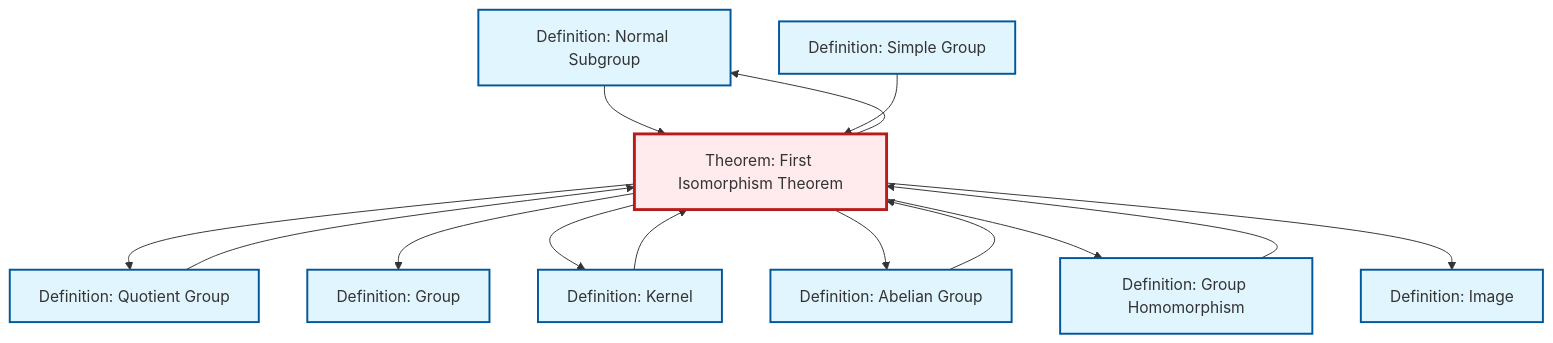
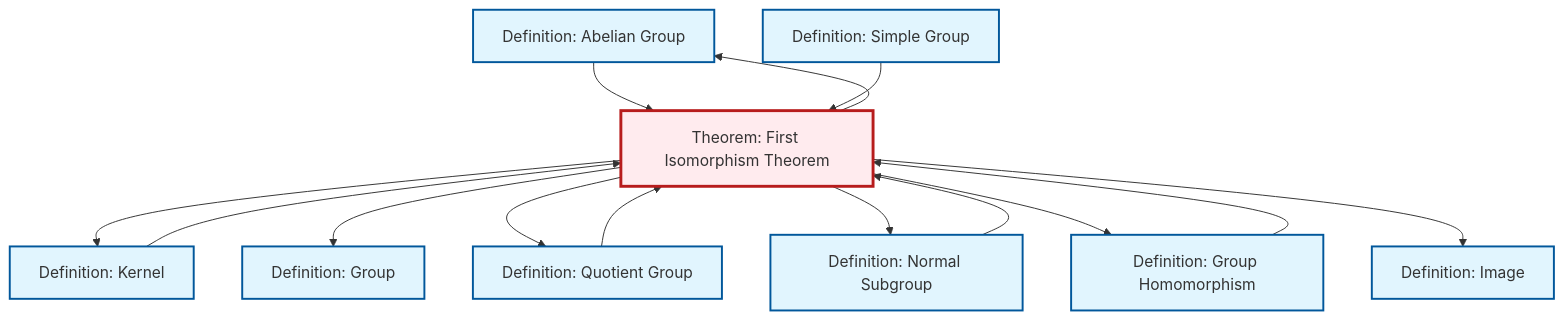
The diagram in content/en/algebra/thm-first-isomorphism.qmd (RK0429/ModernMath), drawn with Mermaid before and after one commit. The commit also changed other lines of this file and 634 other files, not shown here.

````diff
--- a/content/en/algebra/thm-first-isomorphism.qmd
+++ b/content/en/algebra/thm-first-isomorphism.qmd
@@ -100,40 +100,40 @@
 ```{mermaid}
 %%| fig-cap: "Local dependency graph"
 graph TD
     classDef definition fill:#e1f5fe,stroke:#01579b,stroke-width:2px
     classDef theorem fill:#f3e5f5,stroke:#4a148c,stroke-width:2px
     classDef axiom fill:#fff3e0,stroke:#e65100,stroke-width:2px
     classDef example fill:#e8f5e9,stroke:#1b5e20,stroke-width:2px
     classDef current fill:#ffebee,stroke:#b71c1c,stroke-width:3px
-    def-normal-subgroup["Definition: Normal Subgroup"]:::definition
+    def-group["Definition: Group"]:::definition
     def-abelian-group["Definition: Abelian Group"]:::definition
-    def-group["Definition: Group"]:::definition
-    def-kernel["Definition: Kernel"]:::definition
-    thm-first-isomorphism["Theorem: First Isomorphism Theorem"]:::theorem
-    def-quotient-group["Definition: Quotient Group"]:::definition
-    def-homomorphism["Definition: Group Homomorphism"]:::definition
     def-simple-group["Definition: Simple Group"]:::definition
     def-image["Definition: Image"]:::definition
+    def-quotient-group["Definition: Quotient Group"]:::definition
+    def-normal-subgroup["Definition: Normal Subgroup"]:::definition
+    def-kernel["Definition: Kernel"]:::definition
+    def-homomorphism["Definition: Group Homomorphism"]:::definition
+    thm-first-isomorphism["Theorem: First Isomorphism Theorem"]:::theorem
+    def-homomorphism --> thm-first-isomorphism
+    def-kernel --> thm-first-isomorphism
+    thm-first-isomorphism --> def-kernel
+    def-abelian-group --> thm-first-isomorphism
+    def-quotient-group --> thm-first-isomorphism
+    thm-first-isomorphism --> def-group
     thm-first-isomorphism --> def-quotient-group
-    def-homomorphism --> thm-first-isomorphism
-    def-abelian-group --> thm-first-isomorphism
-    def-kernel --> thm-first-isomorphism
-    thm-first-isomorphism --> def-group
-    thm-first-isomorphism --> def-kernel
+    def-normal-subgroup --> thm-first-isomorphism
+    thm-first-isomorphism --> def-abelian-group
     thm-first-isomorphism --> def-normal-subgroup
-    thm-first-isomorphism --> def-abelian-group
-    def-normal-subgroup --> thm-first-isomorphism
+    thm-first-isomorphism --> def-homomorphism
     def-simple-group --> thm-first-isomorphism
-    thm-first-isomorphism --> def-homomorphism
-    def-quotient-group --> thm-first-isomorphism
     thm-first-isomorphism --> def-image
     class thm-first-isomorphism current
-    click def-normal-subgroup "def-normal-subgroup.html" "Go to Normal Subgroup definition"
+    click def-group "def-group.html" "Go to Group definition"
     click def-abelian-group "def-abelian-group.html" "Go to Abelian Group definition"
-    click def-group "def-group.html" "Go to Group definition"
-    click def-kernel "def-kernel.html" "Go to Kernel definition"
-    click def-quotient-group "def-quotient-group.html" "Go to Quotient Group definition"
-    click def-homomorphism "def-homomorphism.html" "Go to Group Homomorphism definition"
     click def-simple-group "def-simple-group.html" "Go to Simple Group definition"
     click def-image "def-image.html" "Go to Image definition"
+    click def-quotient-group "def-quotient-group.html" "Go to Quotient Group definition"
+    click def-normal-subgroup "def-normal-subgroup.html" "Go to Normal Subgroup definition"
+    click def-kernel "def-kernel.html" "Go to Kernel definition"
+    click def-homomorphism "def-homomorphism.html" "Go to Group Homomorphism definition"
 ```
````
